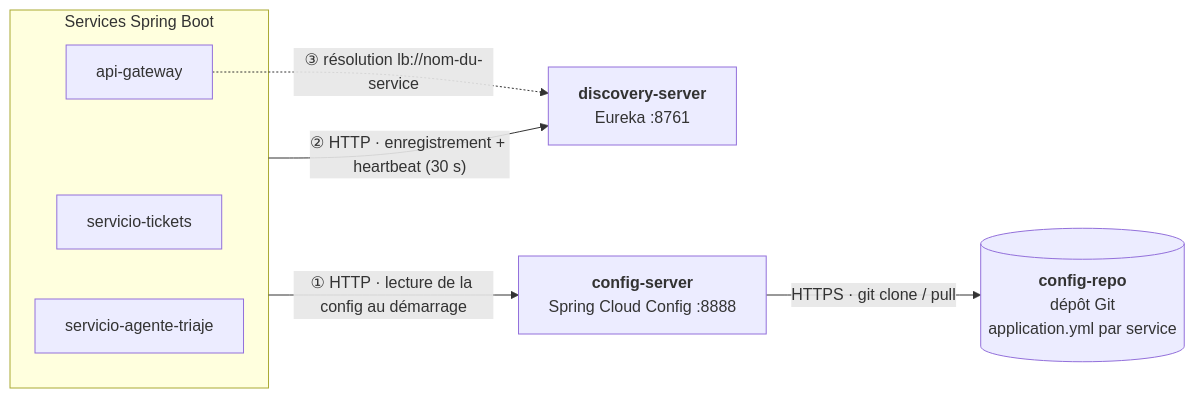
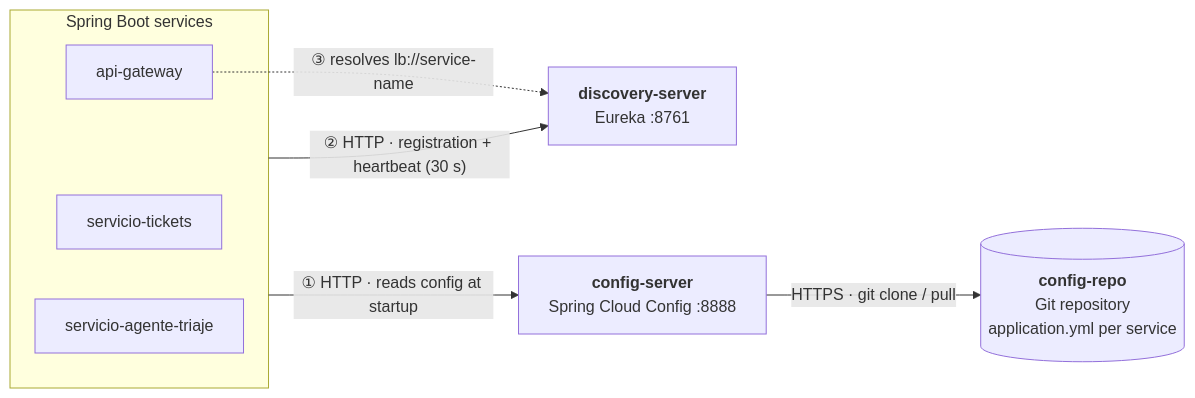
Before and after one commit to elgmouad/triage-agentics: the third of 4 diagrams in README.md, drawn with Mermaid. The commit also changed other lines of this file, not shown here.

````diff
--- a/README.md
+++ b/README.md
@@ -337,17 +335,17 @@
 ```mermaid
 flowchart LR
-    subgraph SVC["Services Spring Boot"]
+    subgraph SVC["Spring Boot services"]
         GW["api-gateway"]
         TK["servicio-tickets"]
         AG["servicio-agente-triaje"]
     end
 
     DS["<b>discovery-server</b><br/>Eureka :8761"]
     CS["<b>config-server</b><br/>Spring Cloud Config :8888"]
-    GIT[("<b>config-repo</b><br/>dépôt Git<br/>application.yml par service")]
+    GIT[("<b>config-repo</b><br/>Git repository<br/>application.yml per service")]
 
-    SVC -- "① HTTP · lecture de la config au démarrage" --> CS
+    SVC -- "① HTTP · reads config at startup" --> CS
     CS -- "HTTPS · git clone / pull" --> GIT
-    SVC -- "② HTTP · enregistrement + heartbeat (30 s)" --> DS
-    GW -. "③ résolution lb://nom-du-service" .-> DS
+    SVC -- "② HTTP · registration + heartbeat (30 s)" --> DS
+    GW -. "③ resolves lb://service-name" .-> DS
 ```
````
